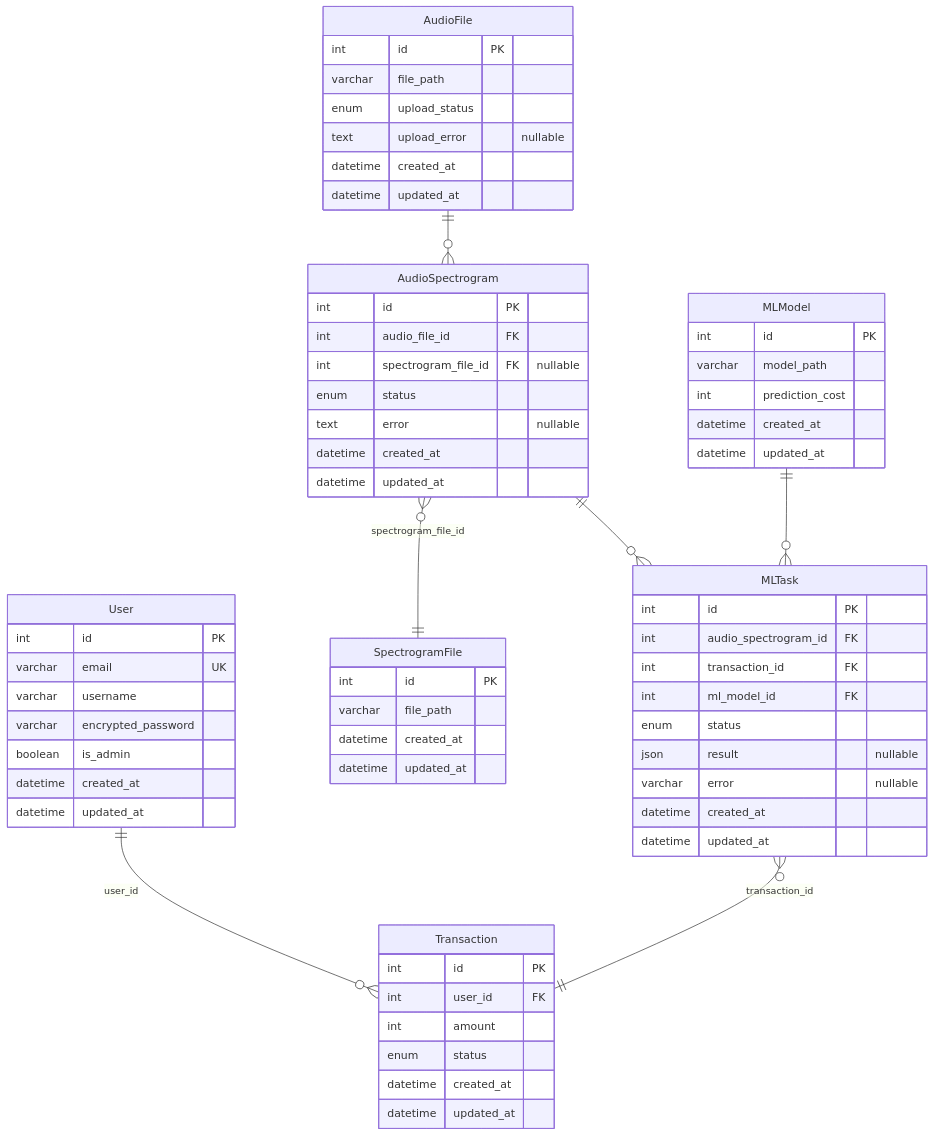
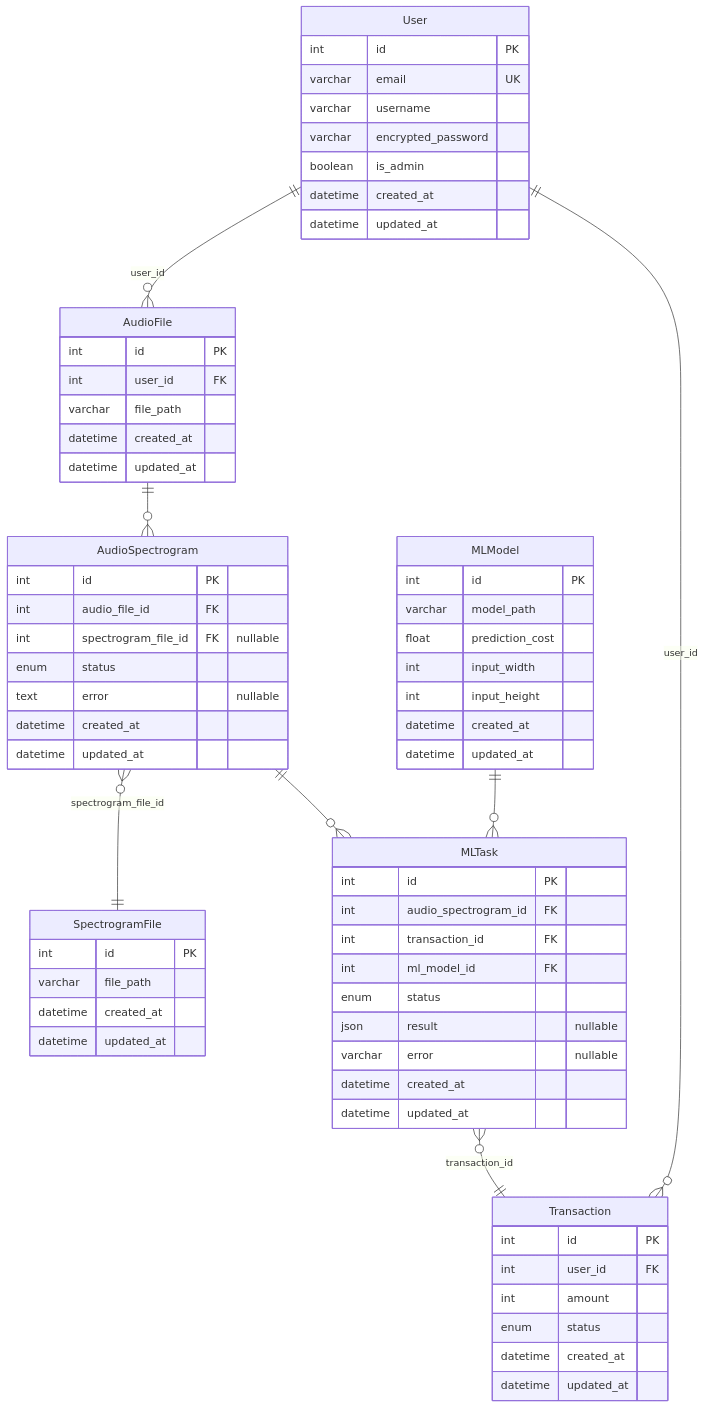
One commit to Ch1g/MusicGenreSommelierAI changed the second of 2 diagrams in README.md. Above: the diagram before and after it, drawn with Mermaid. The commit also changed other lines of this file and 28 other files, not shown here.

````diff
--- a/README.md
+++ b/README.md
@@ -99,74 +97,76 @@
 ```mermaid
 erDiagram
     User {
         int id PK
         varchar email UK
         varchar username
         varchar encrypted_password
         boolean is_admin
         datetime created_at
         datetime updated_at
     }
 
     AudioFile {
         int id PK
+        int user_id FK
         varchar file_path
-        enum upload_status
-        text upload_error "nullable"
         datetime created_at
         datetime updated_at
     }
 
     SpectrogramFile {
         int id PK
         varchar file_path
         datetime created_at
         datetime updated_at
     }
 
     AudioSpectrogram {
         int id PK
         int audio_file_id FK
         int spectrogram_file_id FK "nullable"
         enum status
         text error "nullable"
         datetime created_at
         datetime updated_at
     }
 
     MLModel {
         int id PK
         varchar model_path
-        int prediction_cost
+        float prediction_cost
+        int input_width
+        int input_height
         datetime created_at
         datetime updated_at
     }
 
     MLTask {
         int id PK
         int audio_spectrogram_id FK
         int transaction_id FK
         int ml_model_id FK
         enum status
         json result "nullable"
         varchar error "nullable"
         datetime created_at
         datetime updated_at
     }
 
     Transaction {
         int id PK
         int user_id FK
         int amount
         enum status
         datetime created_at
         datetime updated_at
     }
 
     User ||--o{ Transaction : "user_id"
+    User ||--o{ AudioFile : "user_id"
     MLTask }o--|| Transaction : "transaction_id"
     MLModel ||--o{ MLTask : ""
     AudioFile ||--o{ AudioSpectrogram : ""
     AudioSpectrogram }o--|| SpectrogramFile : "spectrogram_file_id"
     AudioSpectrogram ||--o{ MLTask : ""
 ```
````
